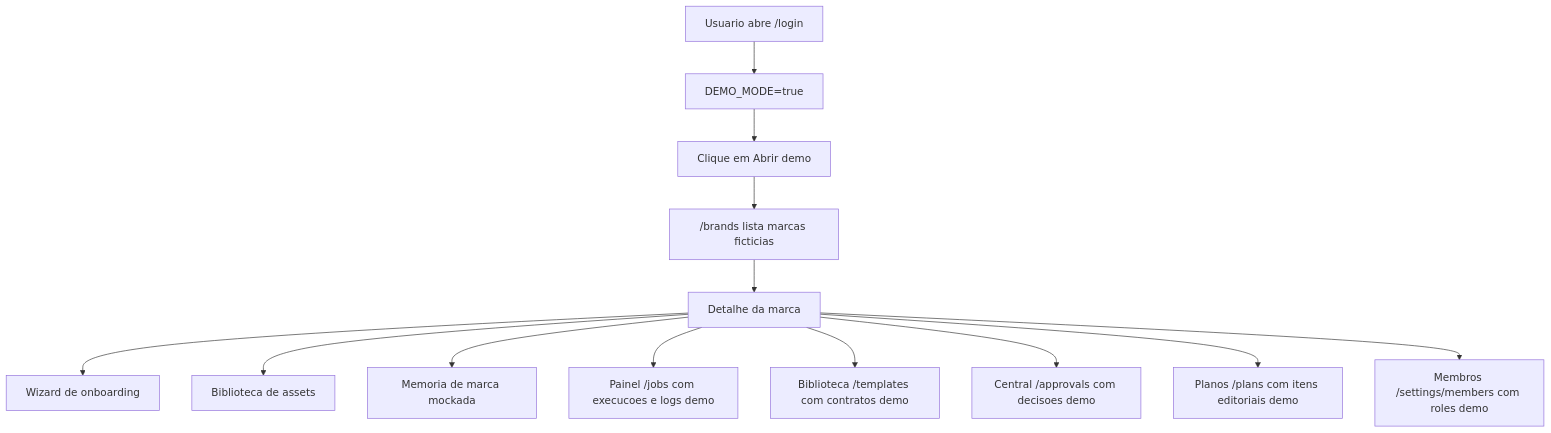
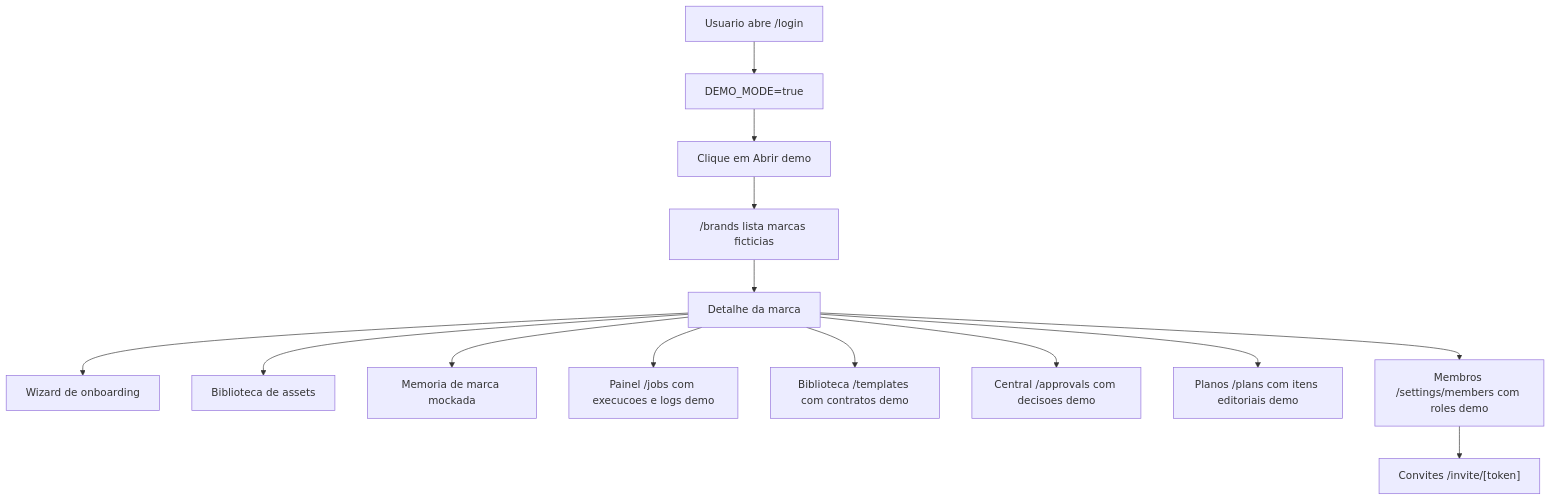
One commit to fabiohhsales/content-saas changed the first of 9 diagrams in docs/DIAGNOSTICO-ATUAL.md. Above: the diagram before and after it, drawn with Mermaid. The commit also changed other lines of this file and 7 other files, not shown here.

Commit message:
add workspace invitation flow

````diff
--- a/docs/DIAGNOSTICO-ATUAL.md
+++ b/docs/DIAGNOSTICO-ATUAL.md
@@ -267,15 +273,16 @@
 ```mermaid
 flowchart TD
   A["Usuario abre /login"] --> B["DEMO_MODE=true"]
   B --> C["Clique em Abrir demo"]
   C --> D["/brands lista marcas ficticias"]
   D --> E["Detalhe da marca"]
   E --> F["Wizard de onboarding"]
   E --> G["Biblioteca de assets"]
   E --> H["Memoria de marca mockada"]
   E --> I["Painel /jobs com execucoes e logs demo"]
   E --> J["Biblioteca /templates com contratos demo"]
   E --> K["Central /approvals com decisoes demo"]
   E --> L["Planos /plans com itens editoriais demo"]
   E --> M["Membros /settings/members com roles demo"]
+  M --> N["Convites /invite/[token]"]
 ```
````
